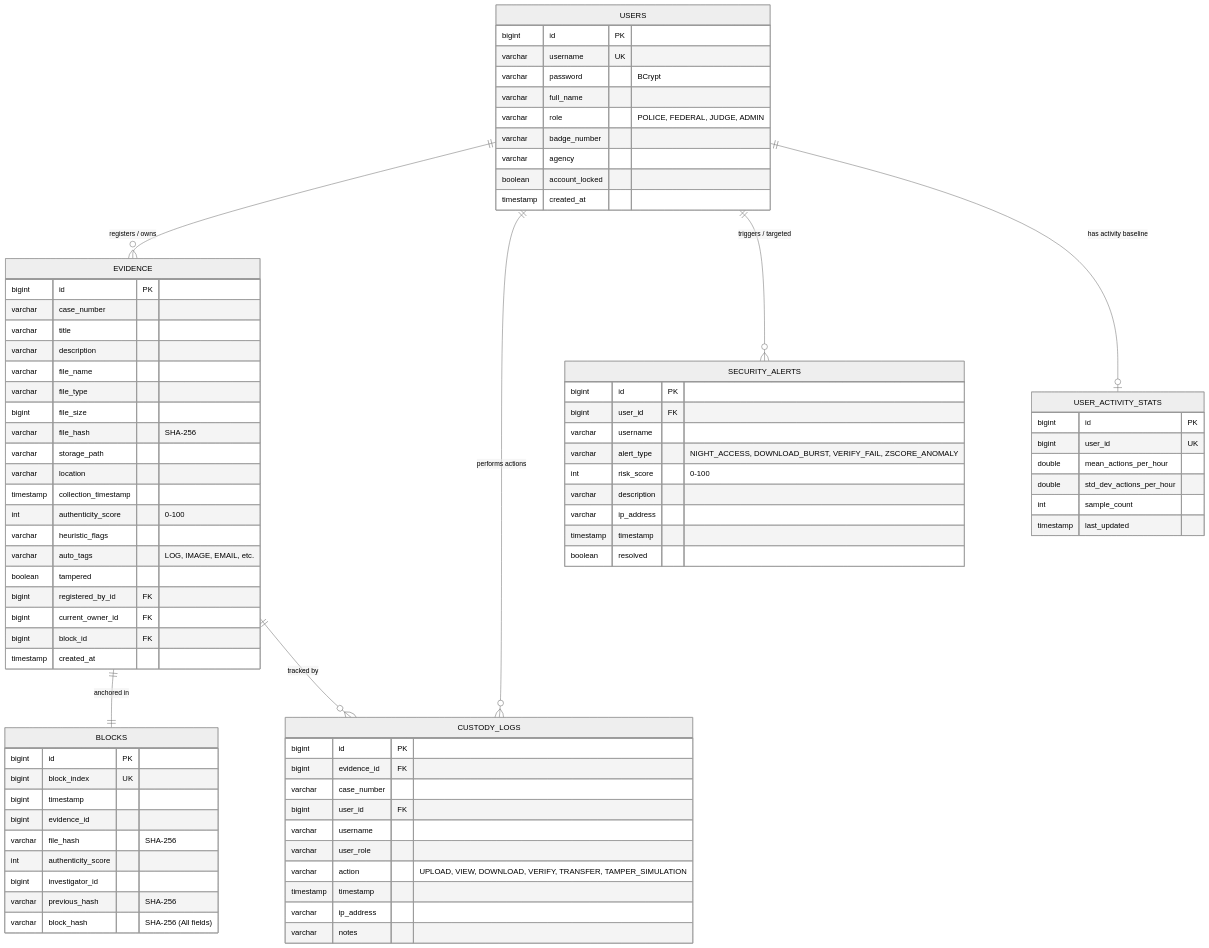
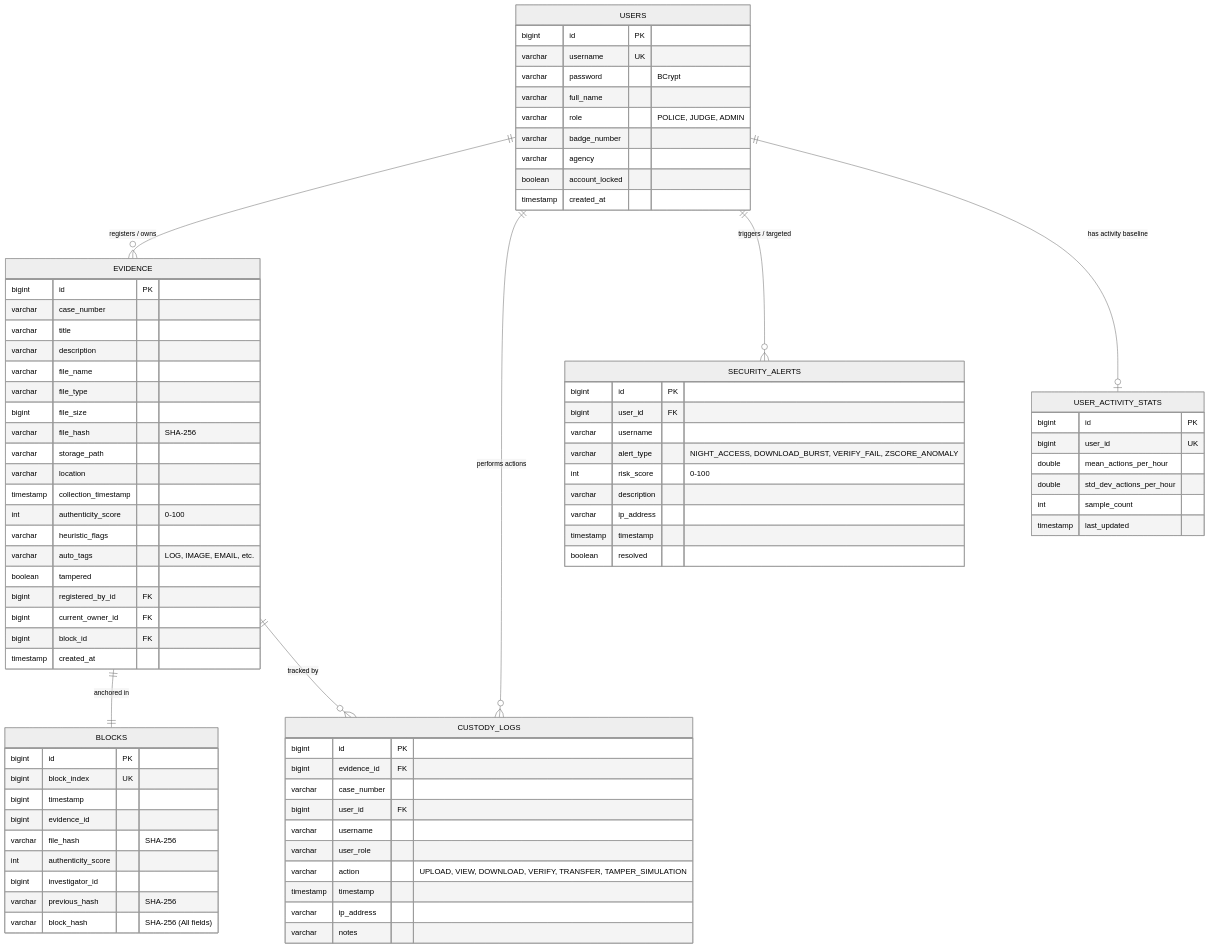
Before and after one commit to Kambleadi358/EvidenceChain: the second of 2 diagrams in README.md, drawn with Mermaid (neutral theme). The commit also changed other lines of this file and 14 other files, not shown here.

```diff
--- a/README.md
+++ b/README.md
@@ -169,7 +169,7 @@
         varchar username UK
         varchar password "BCrypt"
         varchar full_name
-        varchar role "POLICE, FEDERAL, JUDGE, ADMIN"
+        varchar role "POLICE, JUDGE, ADMIN"
         varchar badge_number
         varchar agency
         boolean account_locked
```
